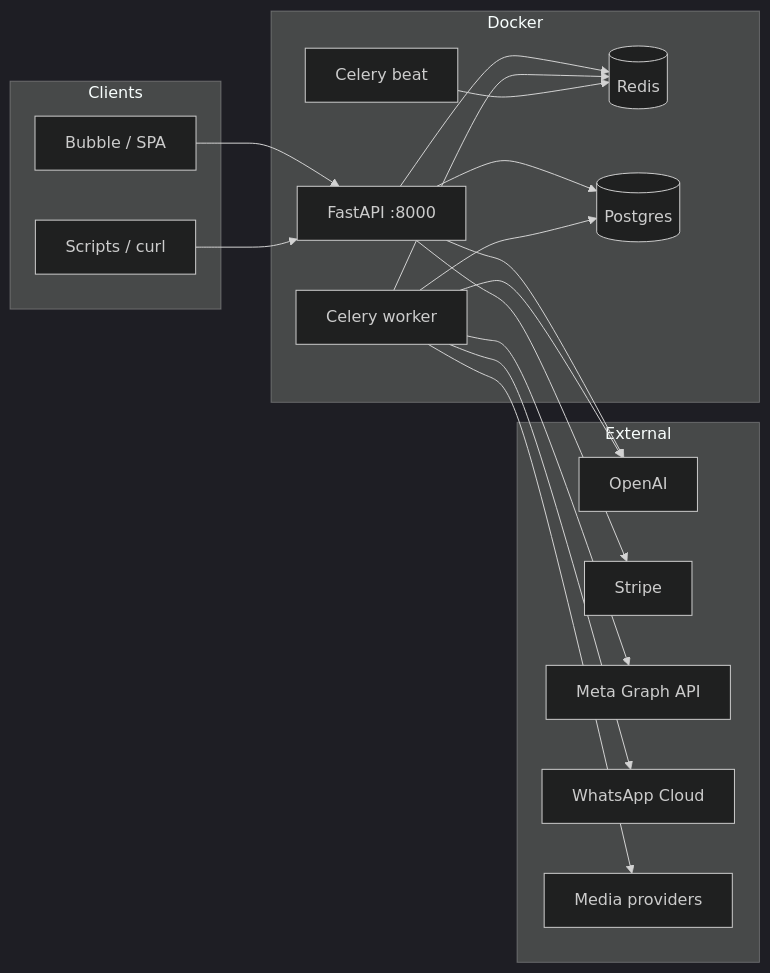
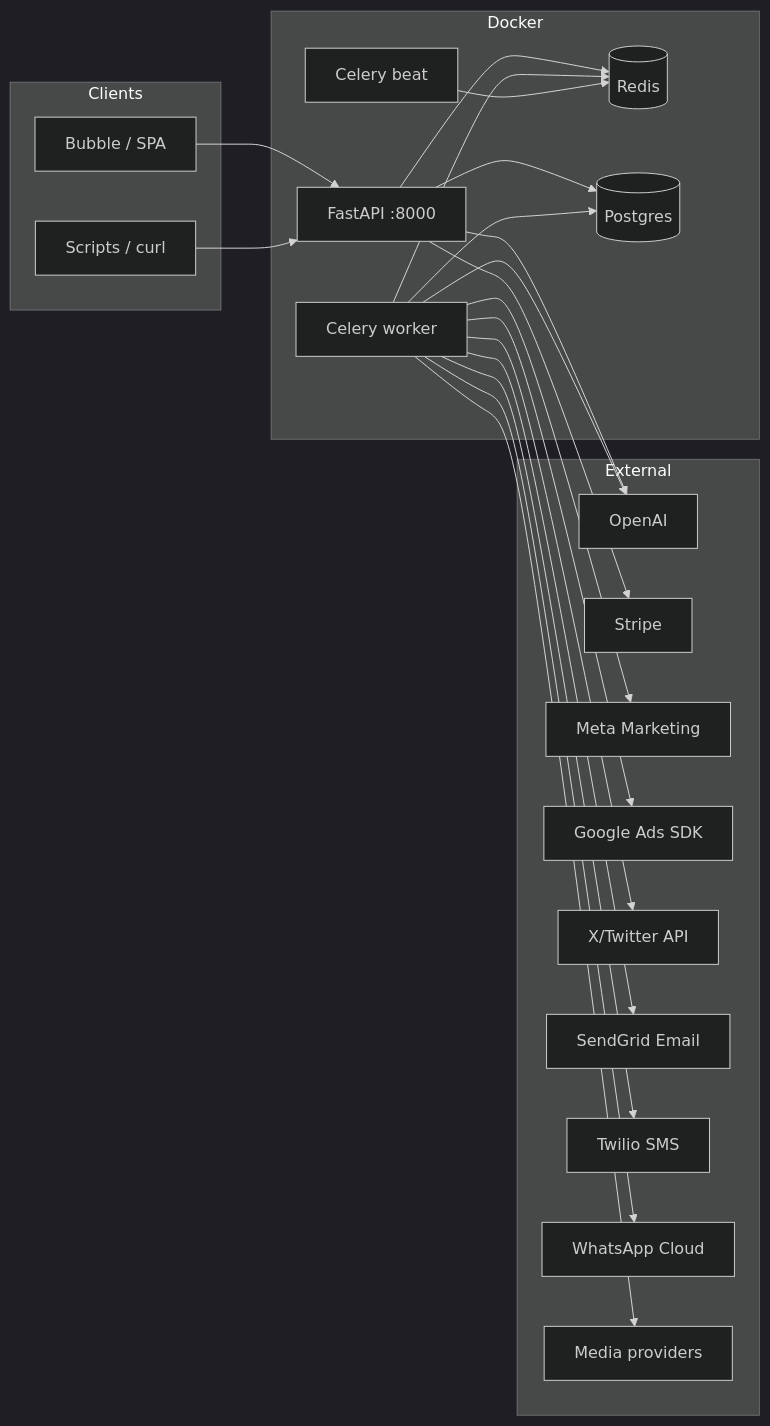
One commit to pranaya-mathur/AIMOS changed the first of 6 diagrams in README.md. Above: the diagram before and after it, drawn with Mermaid (dark theme). The commit also changed other lines of this file and 22 other files, not shown here.

````diff
--- a/README.md
+++ b/README.md
@@ -108,37 +108,45 @@
 ```mermaid
 flowchart LR
   subgraph Clients
     B[Bubble / SPA]
     CLI[Scripts / curl]
   end
 
   subgraph Docker
     API[FastAPI :8000]
     W[Celery worker]
     BT[Celery beat]
     R[(Redis)]
     PG[(Postgres)]
   end
 
   subgraph External
     OAI[OpenAI]
     ST[Stripe]
-    META[Meta Graph API]
+    META[Meta Marketing]
+    GADS[Google Ads SDK]
+    X[X/Twitter API]
+    SG[SendGrid Email]
+    TW[Twilio SMS]
     WA[WhatsApp Cloud]
     MED[Media providers]
   end
 
   B --> API
   CLI --> API
   API --> PG
   API --> R
   W --> R
   W --> PG
   BT --> R
   API --> OAI
   API --> ST
   W --> OAI
   W --> META
+  W --> GADS
+  W --> X
+  W --> SG
+  W --> TW
   W --> WA
   W --> MED
 ```
````
